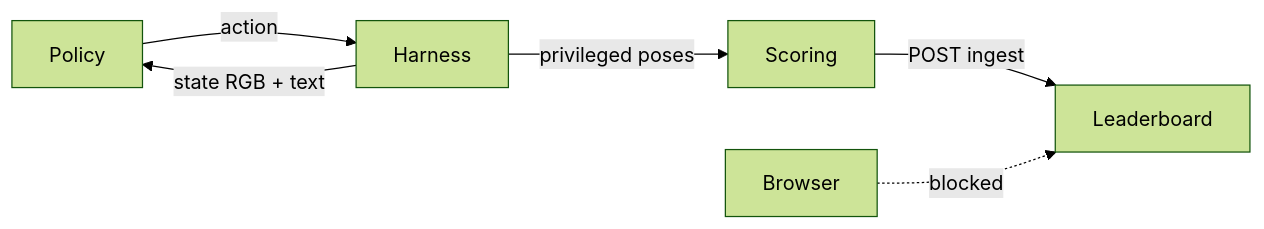
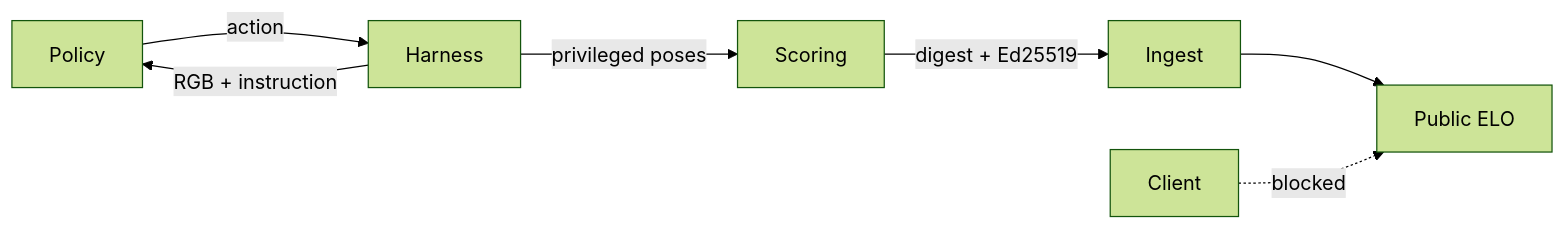
The diagram in README.md (ONISCOR/VSArena), drawn with Mermaid (forest theme) before and after one commit. The commit also changed other lines of this file and 249 other files, not shown here.

````diff
--- a/README.md
+++ b/README.md
@@ -184,8 +207,9 @@
 ```mermaid
 flowchart LR
-  A[Policy] -->|action| H[Harness]
-  H -->|state RGB + text| A
+  P[Policy] -->|action| H[Harness]
+  H -->|RGB + instruction| P
   H -->|privileged poses| S[Scoring]
-  S -->|POST ingest| B[Leaderboard]
-  Browser -.->|blocked| B
+  S -->|digest + Ed25519| I[Ingest]
+  I --> B[Public ELO]
+  Client -.->|blocked| B
 ```
````
